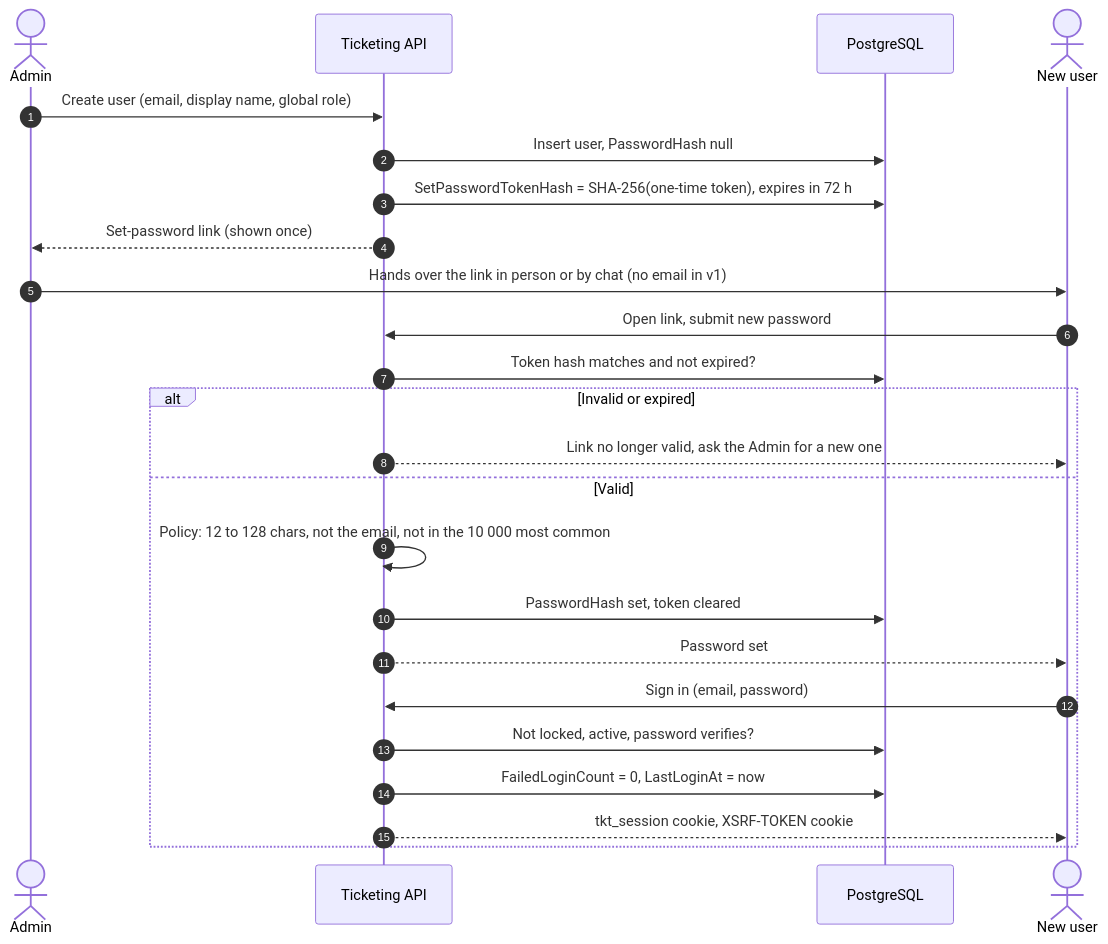
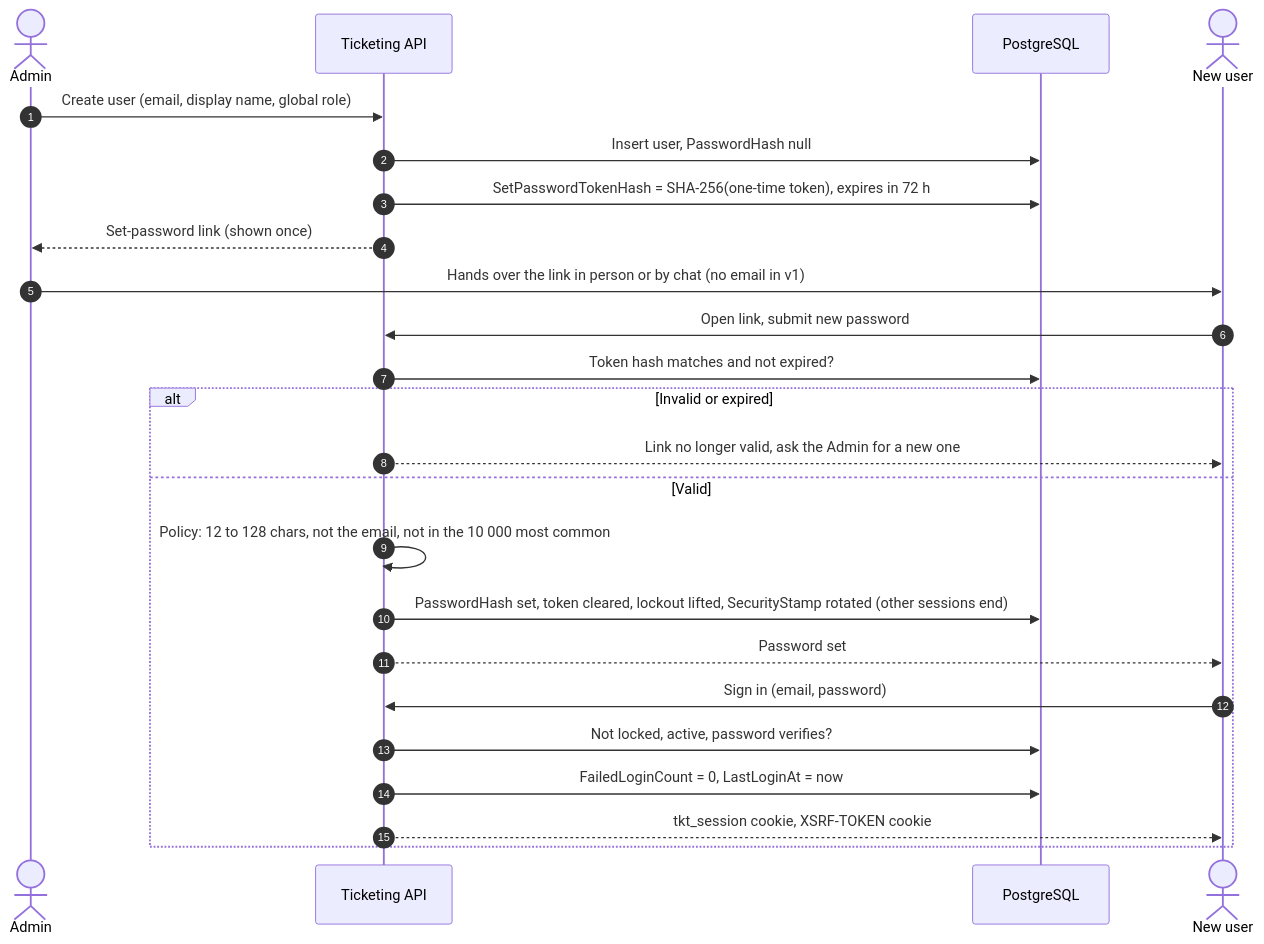
One commit to BrysAdamed/ticketing changed diagram 17 of 21 in docs/domain/workflows.md. Above: the diagram before and after it, drawn with Mermaid. The commit also changed other lines of this file and 2 other files, not shown here.

````diff
--- a/docs/domain/workflows.md
+++ b/docs/domain/workflows.md
@@ -436,26 +436,26 @@
 ```mermaid
 sequenceDiagram
     autonumber
     actor A as Admin
     participant API as Ticketing API
     participant DB as PostgreSQL
     actor N as New user
     A->>API: Create user (email, display name, global role)
     API->>DB: Insert user, PasswordHash null
     API->>DB: SetPasswordTokenHash = SHA-256(one-time token), expires in 72 h
     API-->>A: Set-password link (shown once)
     A->>N: Hands over the link in person or by chat (no email in v1)
     N->>API: Open link, submit new password
     API->>DB: Token hash matches and not expired?
     alt Invalid or expired
         API-->>N: Link no longer valid, ask the Admin for a new one
     else Valid
         API->>API: Policy: 12 to 128 chars, not the email, not in the 10 000 most common
-        API->>DB: PasswordHash set, token cleared
+        API->>DB: PasswordHash set, token cleared, lockout lifted, SecurityStamp rotated (other sessions end)
         API-->>N: Password set
         N->>API: Sign in (email, password)
         API->>DB: Not locked, active, password verifies?
         API->>DB: FailedLoginCount = 0, LastLoginAt = now
         API-->>N: tkt_session cookie, XSRF-TOKEN cookie
     end
 ```
````
